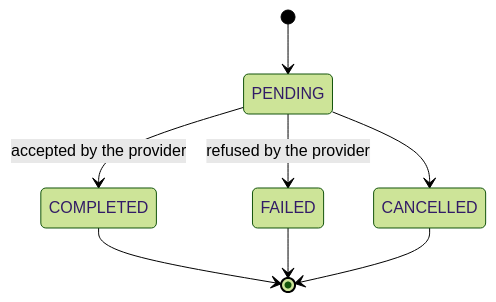
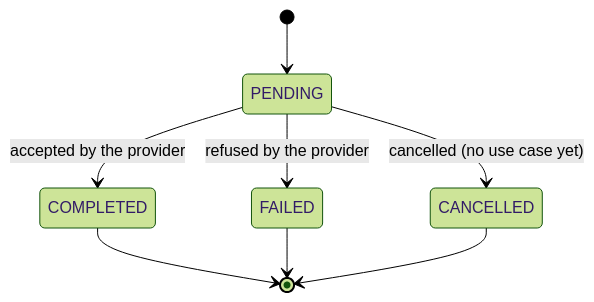
Before and after one commit to Norby99/munchies: the fourth of 5 diagrams in docs/reports/ds/03-design/behaviour.md, drawn with Mermaid (forest theme). The commit also changed other lines of this file, not shown here.

````diff
--- a/docs/reports/ds/03-design/behaviour.md
+++ b/docs/reports/ds/03-design/behaviour.md
@@ -79,10 +79,10 @@
 ```mermaid
 stateDiagram-v2
     [*] --> PENDING
     PENDING --> COMPLETED: accepted by the provider
     PENDING --> FAILED: refused by the provider
-    PENDING --> CANCELLED
+    PENDING --> CANCELLED: cancelled (no use case yet)
     COMPLETED --> [*]
     FAILED --> [*]
     CANCELLED --> [*]
 ```
````
